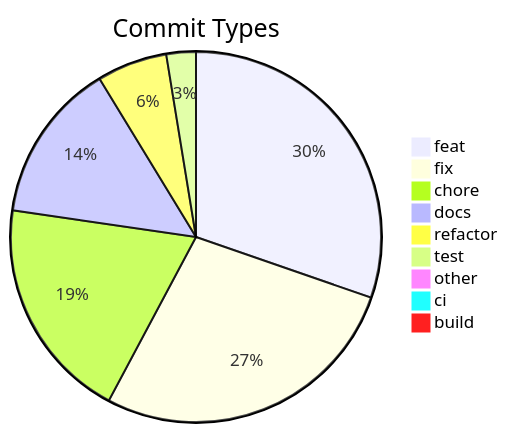
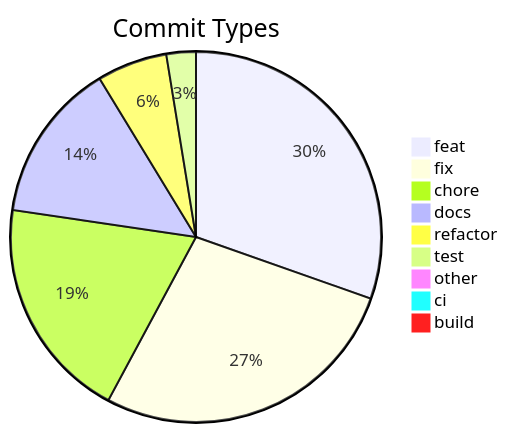
Before and after one commit to svenroth-ai/shipwright: the diagram in .shipwright/compliance/change-history.md, drawn with Mermaid. The commit also changed other lines of this file and 14 other files, not shown here.

````diff
--- a/.shipwright/compliance/change-history.md
+++ b/.shipwright/compliance/change-history.md
@@ -8,12 +8,12 @@
 ```mermaid
 pie title Commit Types
-    "feat" : 247
+    "feat" : 248
     "fix" : 224
     "chore" : 159
     "docs" : 114
     "refactor" : 50
     "test" : 21
     "other" : 7
     "ci" : 5
     "build" : 1
 ```
````
